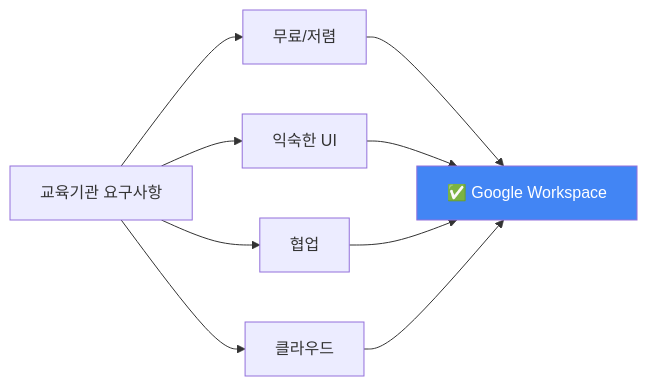
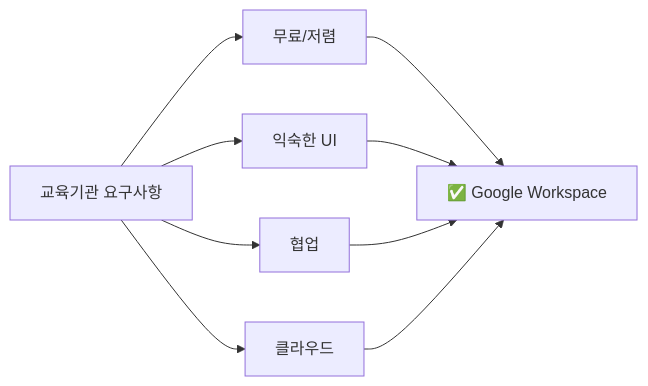
One commit to nugurejeil/weniVooks changed diagram 16 of 20 in _md/genai-notion/chapter06/06-2.md. Above: the diagram before and after it, drawn with Mermaid. The commit also changed other lines of this file and 187 other files, not shown here.

````diff
--- a/_md/genai-notion/chapter06/06-2.md
+++ b/_md/genai-notion/chapter06/06-2.md
@@ -735,14 +710,12 @@
 ```mermaid
 graph LR
     A[교육기관 요구사항] --> B[무료/저렴]
     A --> C[익숙한 UI]
     A --> D[협업]
     A --> E[클라우드]
 
     B --> F[✅ Google Workspace]
     C --> F
     D --> F
     E --> F
-
-    style F fill:#4285F4,color:#fff
 ```
````
